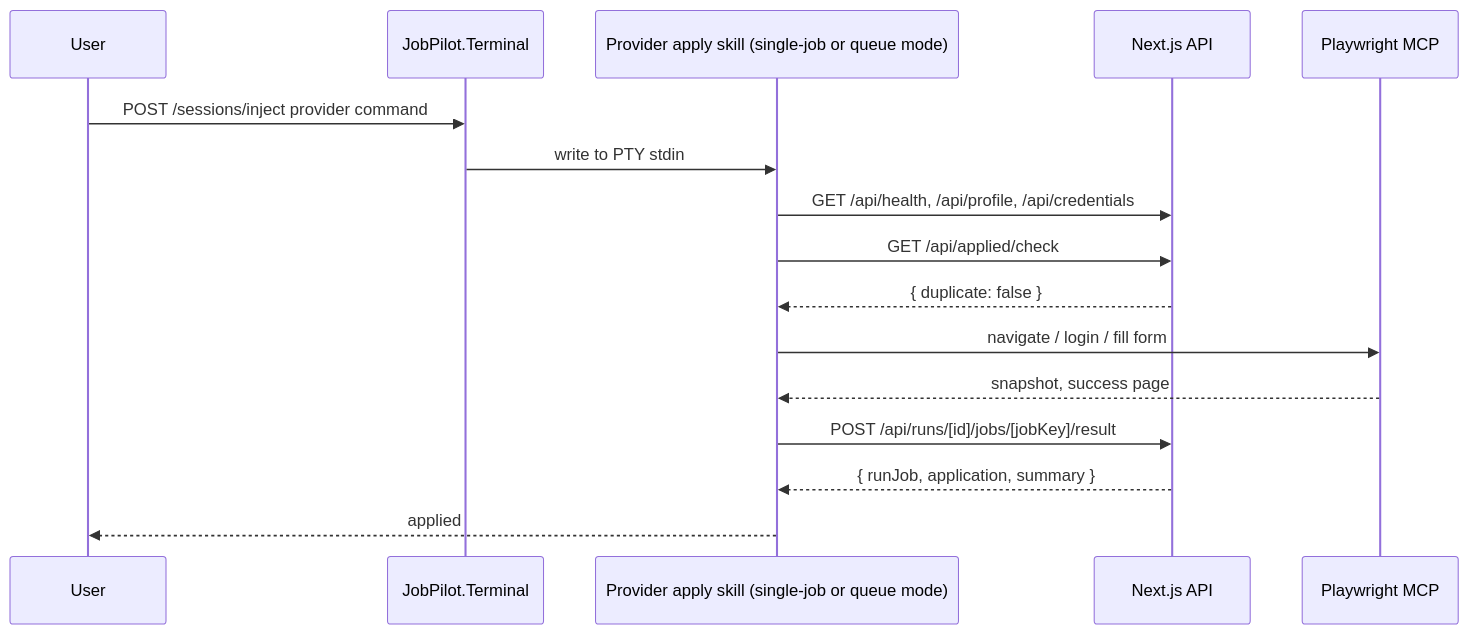
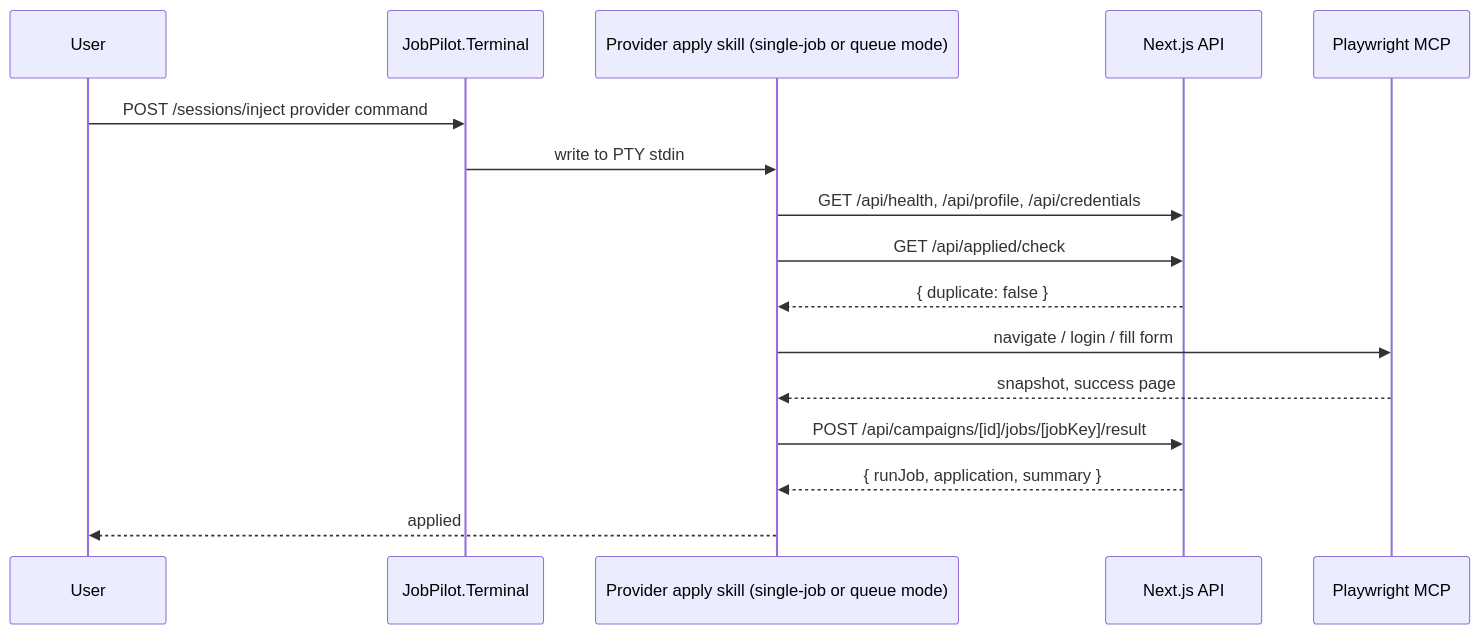
The diagram in docs/architecture.md (davidscotttufts/jobpilot), drawn with Mermaid before and after one commit. The commit also changed other lines of this file and 191 other files, not shown here.

````diff
--- a/docs/architecture.md
+++ b/docs/architecture.md
@@ -90,19 +90,19 @@
 ```mermaid
 sequenceDiagram
     participant U as User
     participant T as JobPilot.Terminal
     participant S as Provider apply skill (single-job or queue mode)
     participant API as Next.js API
     participant B as Playwright MCP
 
     U->>T: POST /sessions/inject provider command
     T->>S: write to PTY stdin
     S->>API: GET /api/health, /api/profile, /api/credentials
     S->>API: GET /api/applied/check
     API-->>S: { duplicate: false }
     S->>B: navigate / login / fill form
     B-->>S: snapshot, success page
-    S->>API: POST /api/runs/[id]/jobs/[jobKey]/result
+    S->>API: POST /api/campaigns/[id]/jobs/[jobKey]/result
     API-->>S: { runJob, application, summary }
     S-->>U: applied
 ```
````
